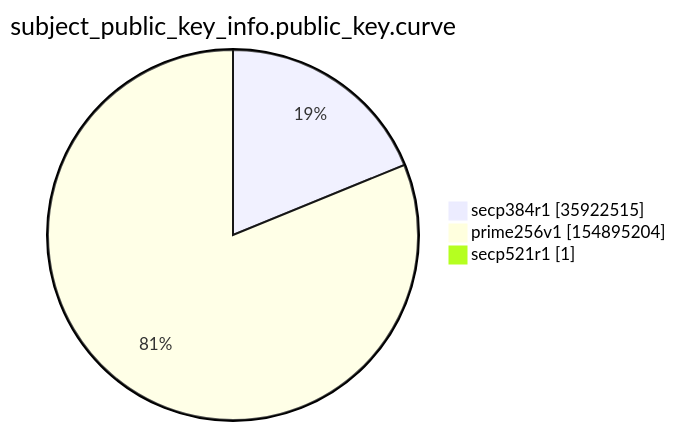
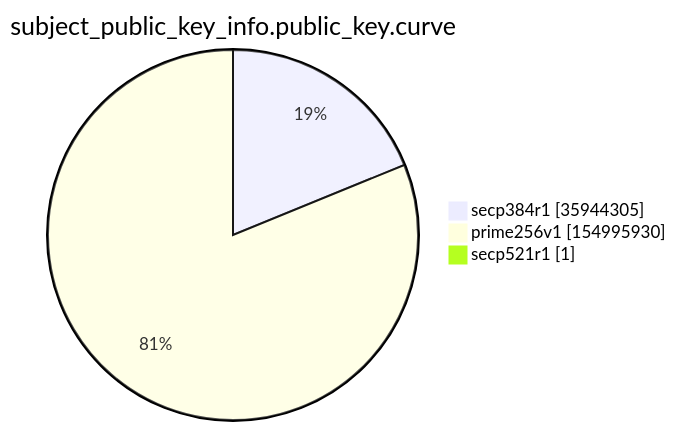
The ninth of 15 diagrams in argon2022/README.md (christiankrug/ctmonitor_visualization), drawn with Mermaid before and after one commit. The commit also changed other lines of this file, not shown here.

````diff
--- a/argon2022/README.md
+++ b/argon2022/README.md
@@ -2766,7 +2766,7 @@
 ```mermaid
 pie showData
 title subject_public_key_info.public_key.curve
-"secp384r1" :35922515
-"prime256v1" :154895204
+"secp384r1" :35944305
+"prime256v1" :154995930
 "secp521r1" :1
 ```
````
